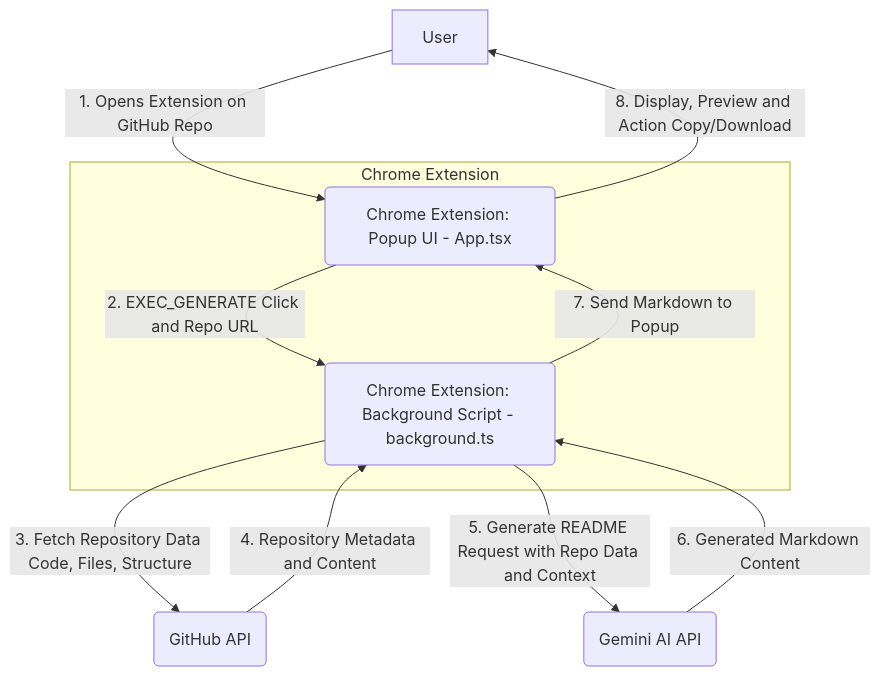
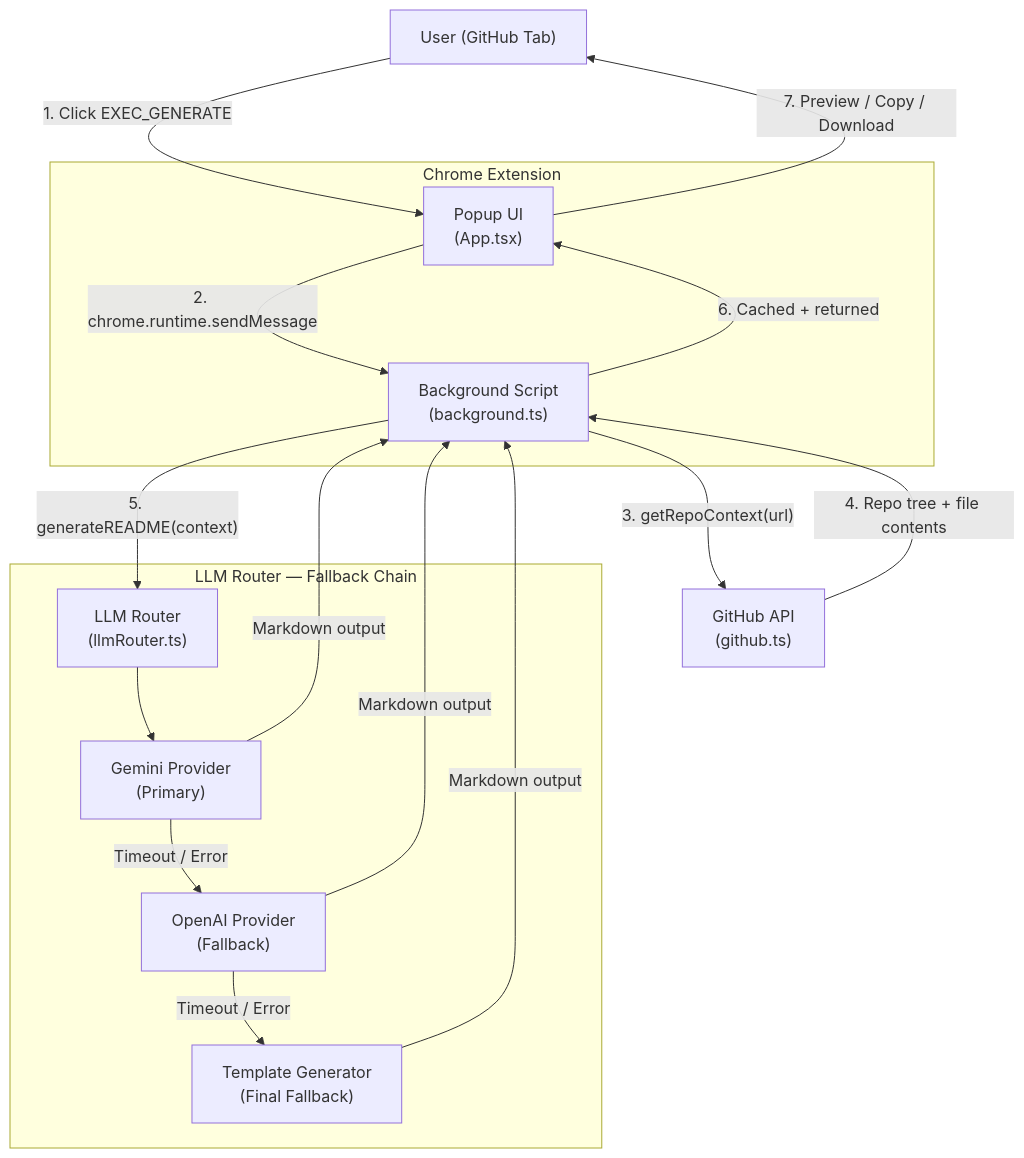
The diagram in README.md (kmanu28/repopulse), drawn with Mermaid before and after one commit. The commit also changed other lines of this file and 3 other files, not shown here.

First line of the commit message:
feat: add provider-agnostic LLM router with Gemini/OpenAI/template fallback

````diff
--- a/README.md
+++ b/README.md
@@ -15,16 +17,25 @@
 ```mermaid
-graph TD
-    A[User] -->|1. Opens Extension on GitHub Repo| B(Chrome Extension: Popup UI - App.tsx)
-    B -->|2. EXEC_GENERATE Click and Repo URL| C(Chrome Extension: Background Script - background.ts)
-    C -->|3. Fetch Repository Data Code, Files, Structure| D(GitHub API)
-    D -->|4. Repository Metadata and Content| C
-    C -->|5. Generate README Request with Repo Data and Context| E(Gemini AI API)
-    E -->|6. Generated Markdown Content| C
-    C -->|7. Send Markdown to Popup| B
-    B -->|8. Display, Preview and Action Copy/Download| A
+flowchart TD
+    A["User (GitHub Tab)"] -->|"1. Click EXEC_GENERATE"| B["Popup UI\n(App.tsx)"]
+    B -->|"2. chrome.runtime.sendMessage"| C["Background Script\n(background.ts)"]
+    C -->|"3. getRepoContext(url)"| D["GitHub API\n(github.ts)"]
+    D -->|"4. Repo tree + file contents"| C
+    C -->|"5. generateREADME(context)"| E["LLM Router\n(llmRouter.ts)"]
 
-    subgraph Chrome Extension
+    subgraph router ["LLM Router — Fallback Chain"]
+        E --> F["Gemini Provider\n(Primary)"]
+        F -->|"Timeout / Error"| G["OpenAI Provider\n(Fallback)"]
+        G -->|"Timeout / Error"| H["Template Generator\n(Final Fallback)"]
+    end
+
+    H -->|"Markdown output"| C
+    G -->|"Markdown output"| C
+    F -->|"Markdown output"| C
+    C -->|"6. Cached + returned"| B
+    B -->|"7. Preview / Copy / Download"| A
+
+    subgraph ext ["Chrome Extension"]
         B
         C
     end
 ```
````
